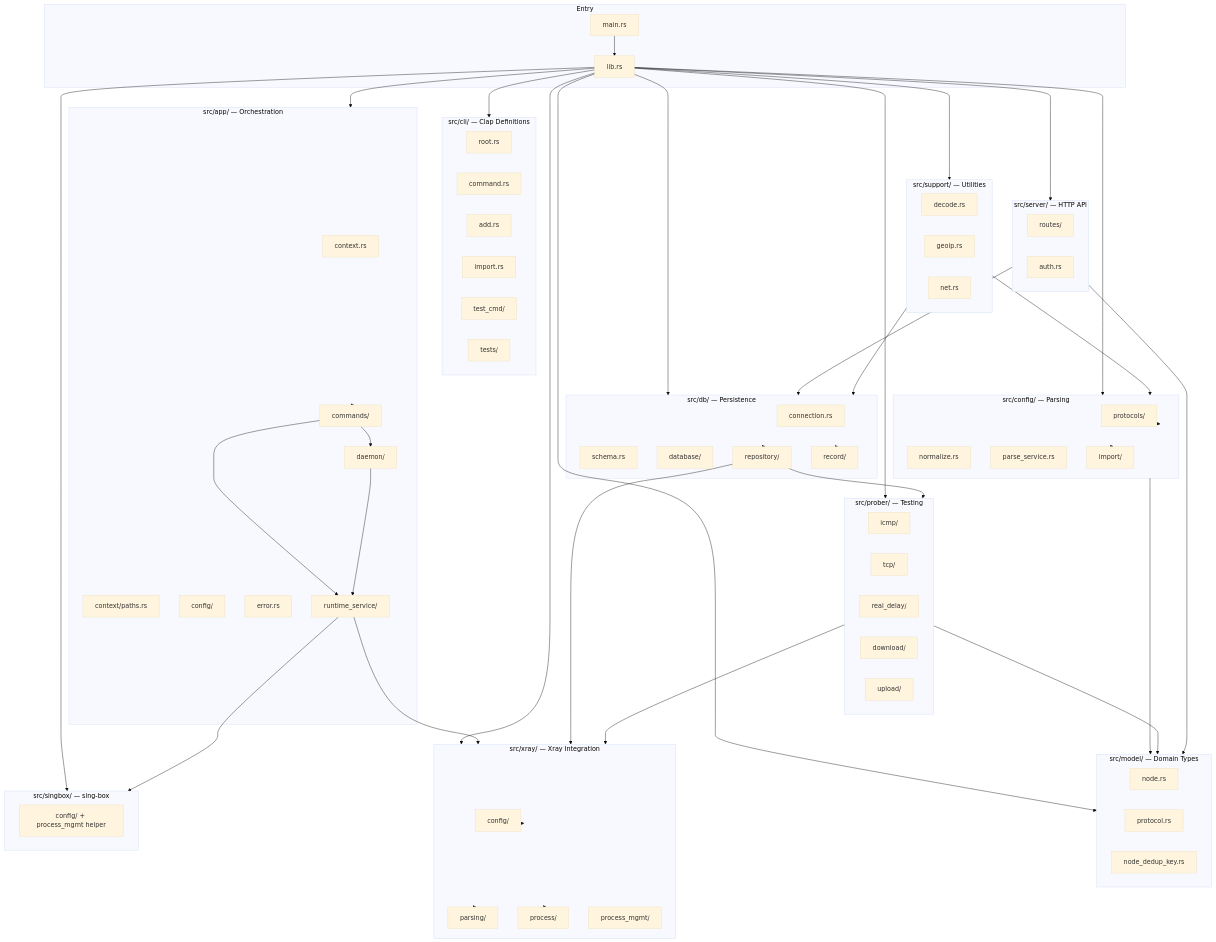
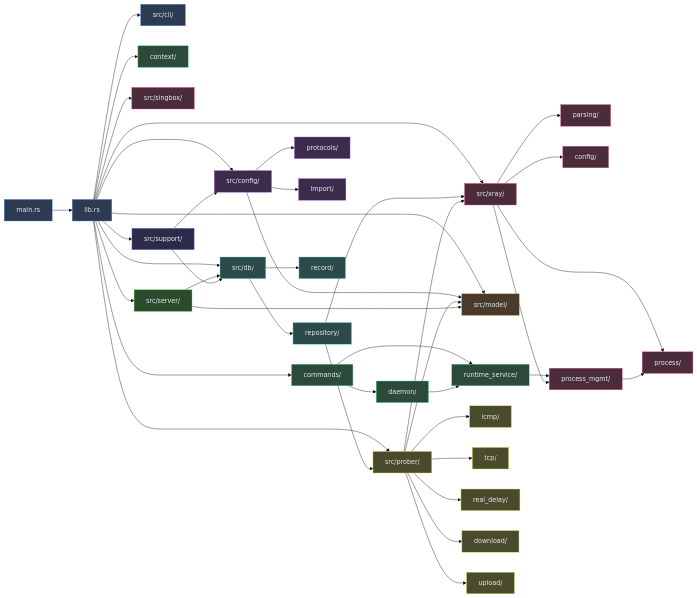
Before and after one commit to mhyrzt/xrat: the first of 6 diagrams in docs/src/06-architecture/module-structure.md, drawn with Mermaid (base theme). The commit also changed 2 other files, not shown here.

Commit message:
refactor(docs): improve and fix architecture mermaid diagrams
- test-pipeline.md: fix Failure Classification diagram (the
  'Kind | Kind' inside [...] is a Mermaid syntax error) and switch
  to the snake_case form stored in connection_tests.failure_kind via
  FailureKind::as_str, which is the canonical wire value.
- module-structure.md: drop the 13 single-node subgraphs in favour of
  classDef-coloured nodes in a left-to-right layout, making the
  module dependency graph roughly half the height without losing any
  edges.
- daemon-architecture.md: convert the IPC client/server graph to a
  sequence diagram so the wire crossing and request/response flow
  read naturally instead of being implied by arbitrary arrows.

````diff
--- a/docs/src/06-architecture/module-structure.md
+++ b/docs/src/06-architecture/module-structure.md
@@ -9,118 +9,98 @@
 ```mermaid
-graph TB
-    subgraph Entry
-        main["main.rs"]
-        lib["lib.rs"]
-    end
+graph LR
+    classDef entry fill:#2c3a52,stroke:#5b8def,color:#e6edf3
+    classDef cli fill:#2c3a52,stroke:#5b8def,color:#e6edf3
+    classDef app fill:#2c4a3a,stroke:#5bdf8a,color:#e6edf3
+    classDef model fill:#4a3a2c,stroke:#dfa85b,color:#e6edf3
+    classDef cfg fill:#3a2c4a,stroke:#a85bdf,color:#e6edf3
+    classDef db fill:#2c4a4a,stroke:#5bdfd3,color:#e6edf3
+    classDef engine fill:#4a2c3a,stroke:#df5b8a,color:#e6edf3
+    classDef prober fill:#4a4a2c,stroke:#dfdf5b,color:#e6edf3
+    classDef server fill:#2c4a2c,stroke:#5bdf5b,color:#e6edf3
+    classDef supp fill:#2c2c4a,stroke:#8a8adf,color:#e6edf3
 
-    subgraph CLI["src/cli/ — Clap Definitions"]
-        cli_root["root.rs"]
-        cli_cmd["command.rs"]
-        cli_add["add.rs"]
-        cli_import["import.rs"]
-        cli_test["test_cmd/"]
-        cli_tests["tests/"]
-    end
+    main["main.rs"]:::entry
+    lib["lib.rs"]:::entry
 
-    subgraph APP["src/app/ — Orchestration"]
-        ctx["context.rs"]
-        paths["context/paths.rs"]
-        app_cfg["config/"]
-        app_err["error.rs"]
-        cmds["commands/"]
-        rt_svc["runtime_service/"]
-        daemon["daemon/"]
-    end
+    cli["src/cli/"]:::cli
+    cmds["commands/"]:::app
+    rtsvc["runtime_service/"]:::app
+    daemon["daemon/"]:::app
+    ctx["context/"]:::app
 
-    subgraph MODEL["src/model/ — Domain Types"]
-        node["node.rs"]
-        proto["protocol.rs"]
-        dedup["node_dedup_key.rs"]
-    end
+    model["src/model/"]:::model
 
-    subgraph CONFIG["src/config/ — Parsing"]
-        protos["protocols/"]
-        normalize["normalize.rs"]
-        parse_svc["parse_service.rs"]
-        import_mod["import/"]
-    end
+    config["src/config/"]:::cfg
+    protos["protocols/"]:::cfg
+    import["import/"]:::cfg
 
-    subgraph DB["src/db/ — Persistence"]
-        conn["connection.rs"]
-        schema["schema.rs"]
-        db_query["database/"]
-        repo["repository/"]
-        record["record/"]
-    end
+    db["src/db/"]:::db
+    repo["repository/"]:::db
+    record["record/"]:::db
 
-    subgraph XRAY["src/xray/ — Xray Integration"]
-        xcfg["config/"]
-        xparse["parsing/"]
-        xproc["process/"]
-        xpm["process_mgmt/"]
-    end
+    xray["src/xray/"]:::engine
+    xparse["parsing/"]:::engine
+    xcfg["config/"]:::engine
+    xproc["process/"]:::engine
+    xpm["process_mgmt/"]:::engine
 
-    subgraph SINGBOX["src/singbox/ — sing-box"]
-        scfg["config/ + process_mgmt helper"]
-    end
+    singbox["src/singbox/"]:::engine
 
-    subgraph PROBER["src/prober/ — Testing"]
-        p_icmp["icmp/"]
-        p_tcp["tcp/"]
-        p_delay["real_delay/"]
-        p_dl["download/"]
-        p_ul["upload/"]
-    end
+    prober["src/prober/"]:::prober
+    picmp["icmp/"]:::prober
+    ptcp["tcp/"]:::prober
+    prd["real_delay/"]:::prober
+    pdl["download/"]:::prober
+    pul["upload/"]:::prober
 
-    subgraph SERVER["src/server/ — HTTP API"]
-        srv_routes["routes/"]
-        srv_auth["auth.rs"]
-    end
+    server["src/server/"]:::server
 
-    subgraph SUPPORT["src/support/ — Utilities"]
-        decode["decode.rs"]
-        geoip["geoip.rs"]
-        net["net.rs"]
-    end
+    support["src/support/"]:::supp
 
     main --> lib
-    lib --> CLI
-    lib --> APP
-    lib --> MODEL
-    lib --> CONFIG
-    lib --> DB
-    lib --> XRAY
-    lib --> SINGBOX
-    lib --> PROBER
-    lib --> SERVER
-    lib --> SUPPORT
+    lib --> cli
+    lib --> cmds
+    lib --> ctx
+    lib --> model
+    lib --> config
+    lib --> db
+    lib --> xray
+    lib --> singbox
+    lib --> prober
+    lib --> server
+    lib --> support
 
-    APP --> cmds
-    cmds --> rt_svc
+    cmds --> rtsvc
     cmds --> daemon
-    rt_svc --> XRAY
-    rt_svc --> SINGBOX
-    daemon --> rt_svc
+    rtsvc --> xpm
+    daemon --> rtsvc
 
-    CONFIG --> MODEL
-    CONFIG --> protos
-    CONFIG --> import_mod
+    config --> protos
+    config --> import
+    config --> model
 
-    DB --> repo
-    DB --> record
-    repo --> XRAY
-    repo --> PROBER
+    db --> repo
+    db --> record
+    repo --> xray
+    repo --> prober
 
-    XRAY --> xcfg
-    XRAY --> xparse
-    XRAY --> xproc
+    xray --> xcfg
+    xray --> xparse
+    xray --> xproc
+    xray --> xpm
+    xpm --> xproc
 
-    PROBER --> XRAY
-    PROBER --> MODEL
+    prober --> picmp
+    prober --> ptcp
+    prober --> prd
+    prober --> pdl
+    prober --> pul
+    prober --> xray
+    prober --> model
 
-    SERVER --> DB
-    SERVER --> MODEL
+    server --> db
+    server --> model
 
-    SUPPORT --> CONFIG
-    SUPPORT --> DB
+    support --> config
+    support --> db
 ```
````
